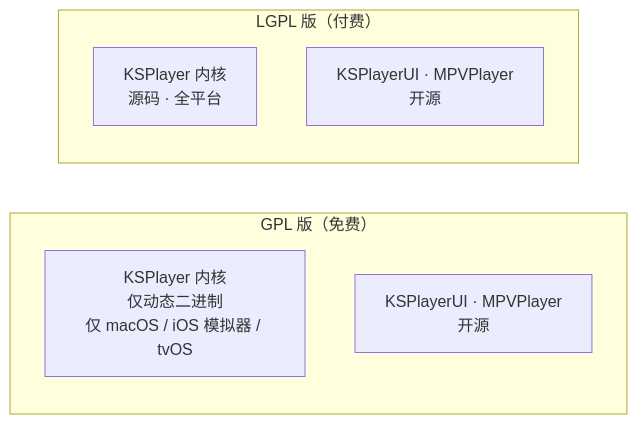
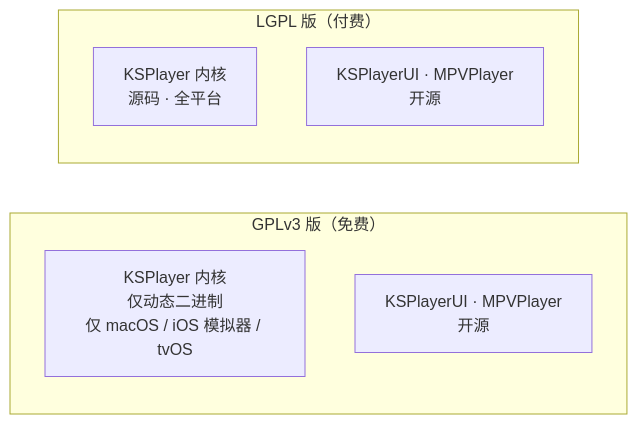
Before and after one commit to tangzzz-fan/playerlearning: the fourth of 4 diagrams in docs/01-KSPlayer-设计思想与整体评估.md, drawn with Mermaid. The commit also changed other lines of this file and 9 other files, not shown here.

````diff
--- a/docs/01-KSPlayer-设计思想与整体评估.md
+++ b/docs/01-KSPlayer-设计思想与整体评估.md
@@ -187,11 +204,11 @@
 ```mermaid
 flowchart LR
-    subgraph GPL["GPL 版（免费）"]
+    subgraph GPL["GPLv3 版（免费）"]
         G1["KSPlayer 内核<br/>仅动态二进制<br/>仅 macOS / iOS 模拟器 / tvOS"]
         G2["KSPlayerUI · MPVPlayer<br/>开源"]
     end
     subgraph LGPL["LGPL 版（付费）"]
         L1["KSPlayer 内核<br/>源码 · 全平台"]
         L2["KSPlayerUI · MPVPlayer<br/>开源"]
     end
 ```
````
